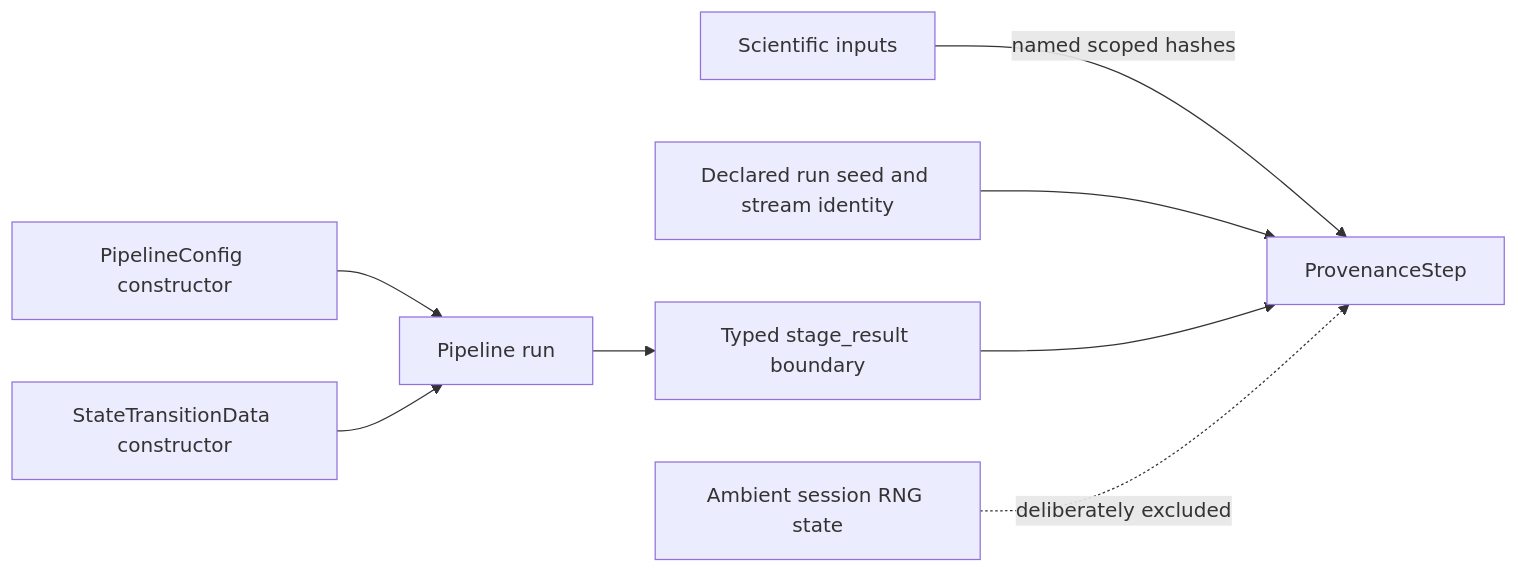
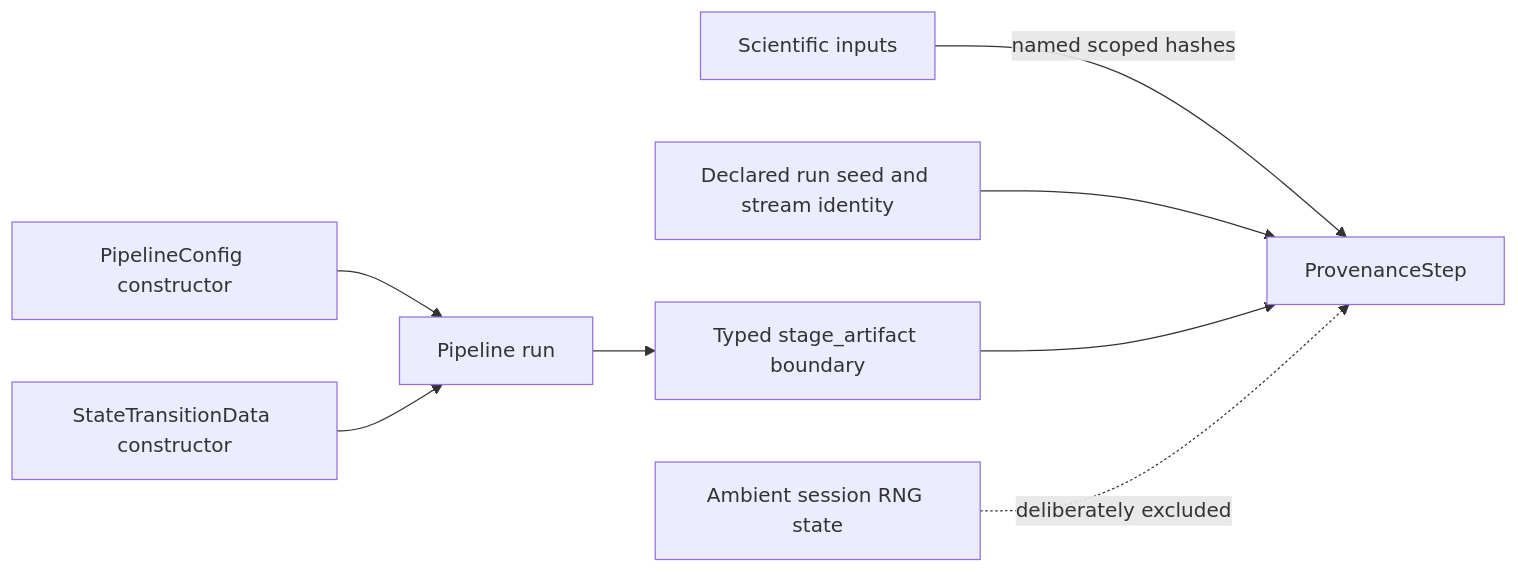
One commit to drejom/landscapeR changed the diagram in .github/landing-proof/issue-127/README.md. Above: the diagram before and after it, drawn with Mermaid. The commit also changed 16 other files, not shown here.

````diff
--- a/.github/landing-proof/issue-127/README.md
+++ b/.github/landing-proof/issue-127/README.md
@@ -7,10 +7,10 @@
 ```mermaid
 flowchart LR
     A[Scientific inputs] -->|named scoped hashes| P[ProvenanceStep]
     C[PipelineConfig constructor] --> R[Pipeline run]
     D[StateTransitionData constructor] --> R
-    R --> S[Typed stage_result boundary]
+    R --> S[Typed stage_artifact boundary]
     G[Declared run seed and stream identity] --> P
     S --> P
     X[Ambient session RNG state] -. deliberately excluded .-> P
 ```
````
